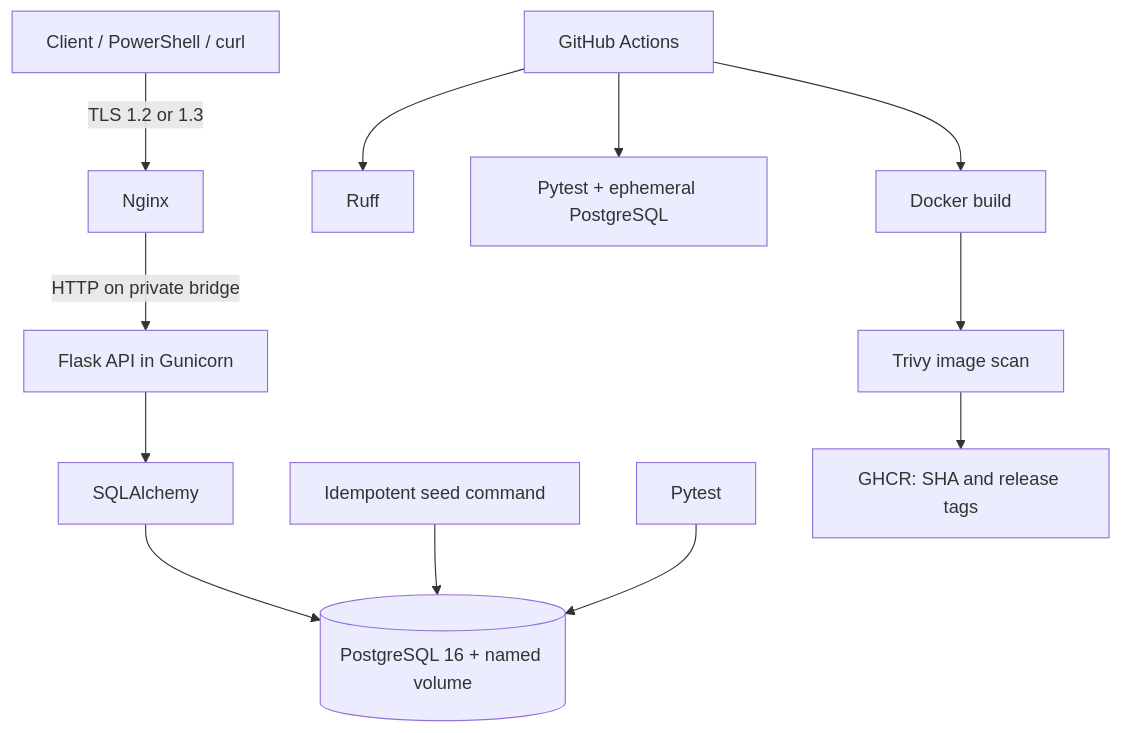
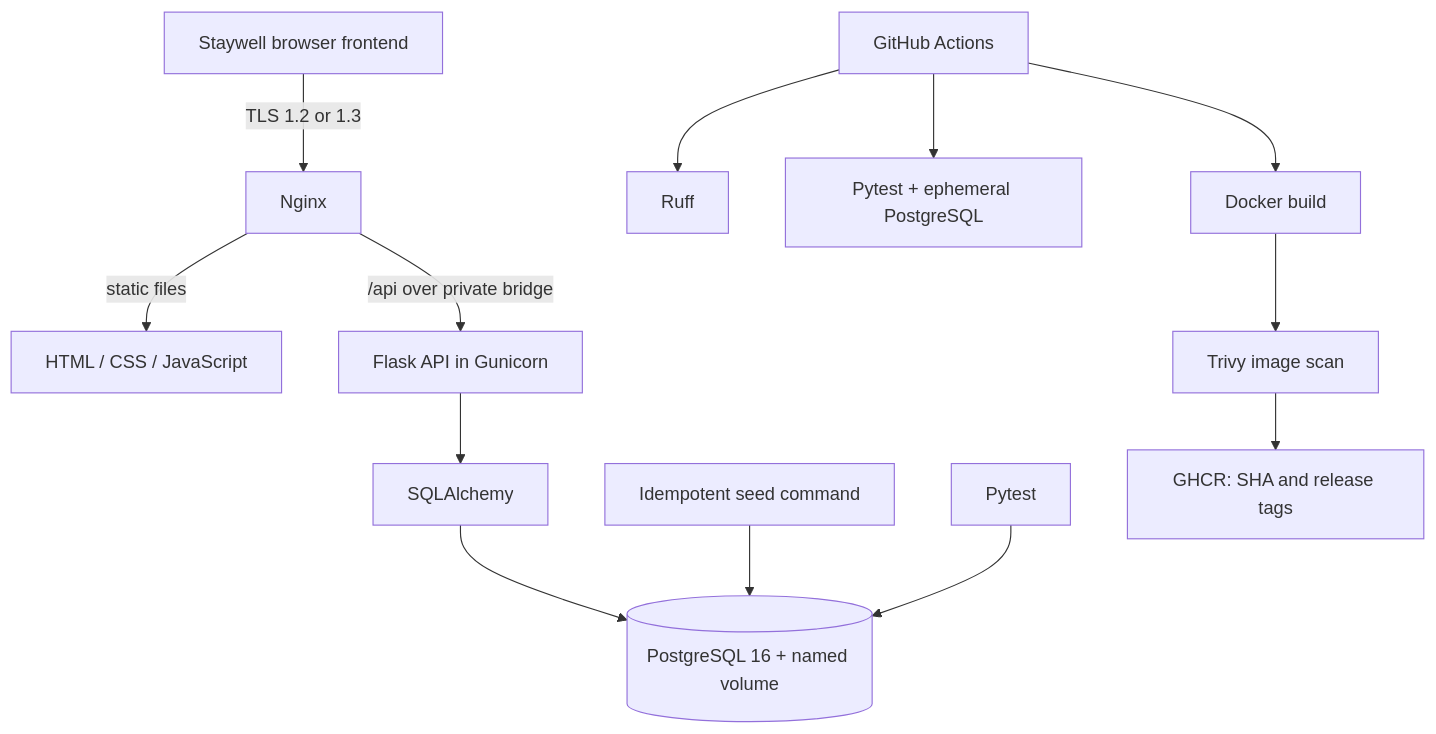
Before and after one commit to Alekhyaareddy/Hotel_Booking_DevOps: the diagram in docs/architecture.md, drawn with Mermaid. The commit also changed other lines of this file and 9 other files, not shown here.

````diff
--- a/docs/architecture.md
+++ b/docs/architecture.md
@@ -3,14 +3,15 @@
 ```mermaid
 flowchart TB
-    Client[Client / PowerShell / curl] -->|TLS 1.2 or 1.3| Nginx
-    Nginx -->|HTTP on private bridge| Flask[Flask API in Gunicorn]
+    Browser[Staywell browser frontend] -->|TLS 1.2 or 1.3| Nginx
+    Nginx -->|static files| Frontend[HTML / CSS / JavaScript]
+    Nginx -->|/api over private bridge| Flask[Flask API in Gunicorn]
     Flask --> SQLAlchemy
     SQLAlchemy --> PostgreSQL[(PostgreSQL 16 + named volume)]
     Seed[Idempotent seed command] --> PostgreSQL
     Pytest --> PostgreSQL
     Actions[GitHub Actions] --> Lint[Ruff]
     Actions --> Tests[Pytest + ephemeral PostgreSQL]
     Actions --> Build[Docker build]
     Build --> Trivy[Trivy image scan]
     Trivy --> GHCR[GHCR: SHA and release tags]
 ```
````
